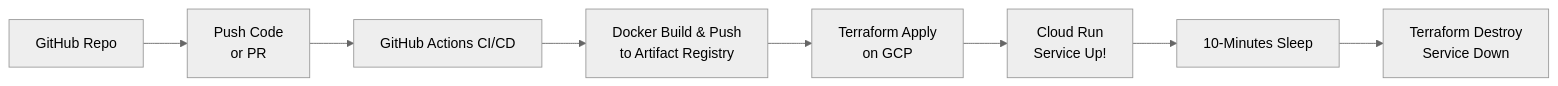
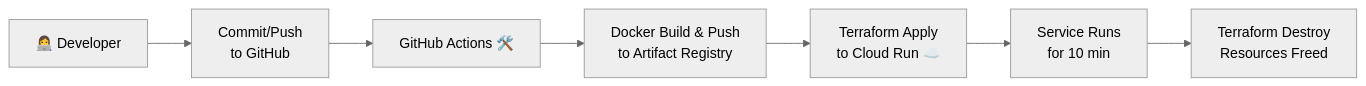
Before and after one commit to MLegkovskis/tiny-llm-cicd: the first of 2 diagrams in README.md, drawn with Mermaid (neutral theme). The commit also changed other lines of this file, not shown here.

````diff
--- a/README.md
+++ b/README.md
@@ -41,10 +33,9 @@
 ```mermaid
 flowchart LR
-    A[GitHub Repo] --> B[Push Code<br>or PR]
-    B --> C[GitHub Actions CI/CD]
+    A[👩‍💻 Developer] --> B[Commit/Push<br>to GitHub]
+    B --> C[GitHub Actions 🛠️]
     C --> D[Docker Build & Push<br>to Artifact Registry]
-    D --> E[Terraform Apply<br>on GCP]
-    E --> F[Cloud Run<br>Service Up!]
-    F --> G[10-Minutes Sleep]
-    G --> H[Terraform Destroy<br>Service Down]
+    D --> E[Terraform Apply<br>to Cloud Run ☁️]
+    E --> F[Service Runs<br>for 10 min]
+    F --> G[Terraform Destroy<br>Resources Freed]
 ```
````
